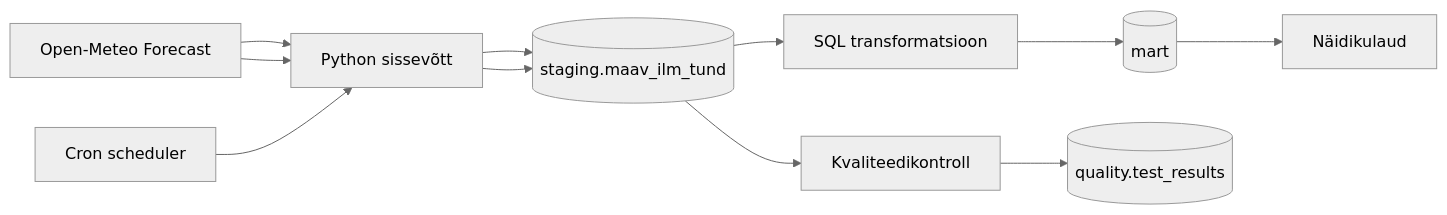
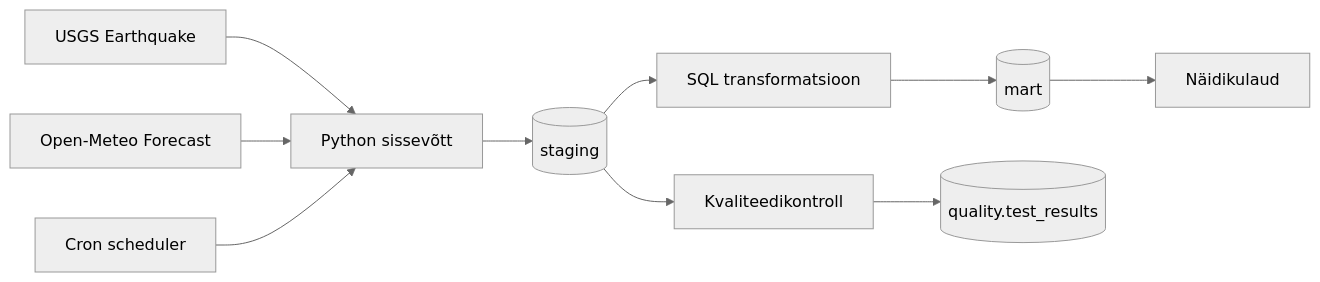
Before and after one commit to MSocius/maavarinate-ulevaade-pss-ut-andmeinseneeria-2026: the first of 2 diagrams in docs/arhitektuur.md, drawn with Mermaid (neutral theme).

Commit message:
Update flowchart to include seed from Open-Meteo

````diff
--- a/docs/arhitektuur.md
+++ b/docs/arhitektuur.md
@@ -26,13 +26,12 @@
 ```mermaid
 flowchart LR
     api[USGS Earthquake] --> ingest[Python sissevõtt]
-    api[Open-Meteo Forecast] --> ingest
+    seed[Open-Meteo Forecast] --> ingest
     scheduler[Cron scheduler] --> ingest
-    ingest --> staging[(staging.earthquakes)]
-    ingest --> staging[(staging.maav_ilm_tund)]
+    ingest --> staging[(staging)]
     staging --> transform[SQL transformatsioon]
     staging --> quality[Kvaliteedikontroll]
     transform --> mart[(mart)]
     quality --> qualmart[(quality.test_results)]
     mart --> dashboard[Näidikulaud]
 ```
````
